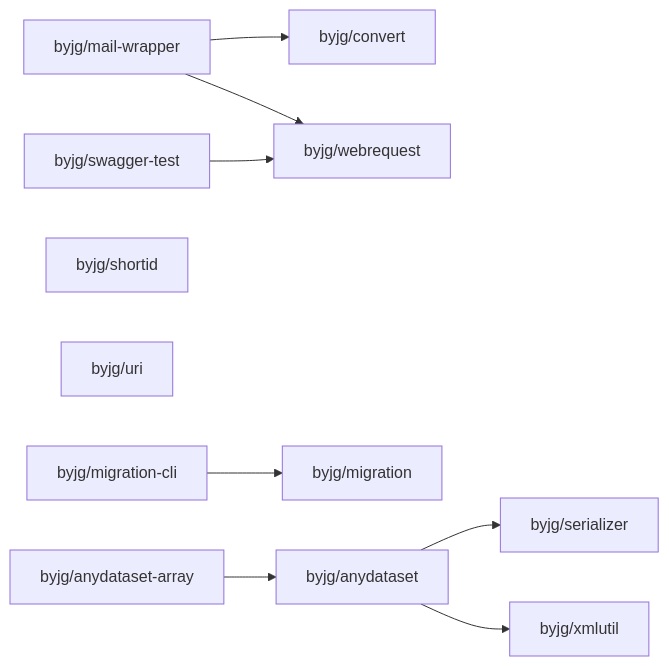
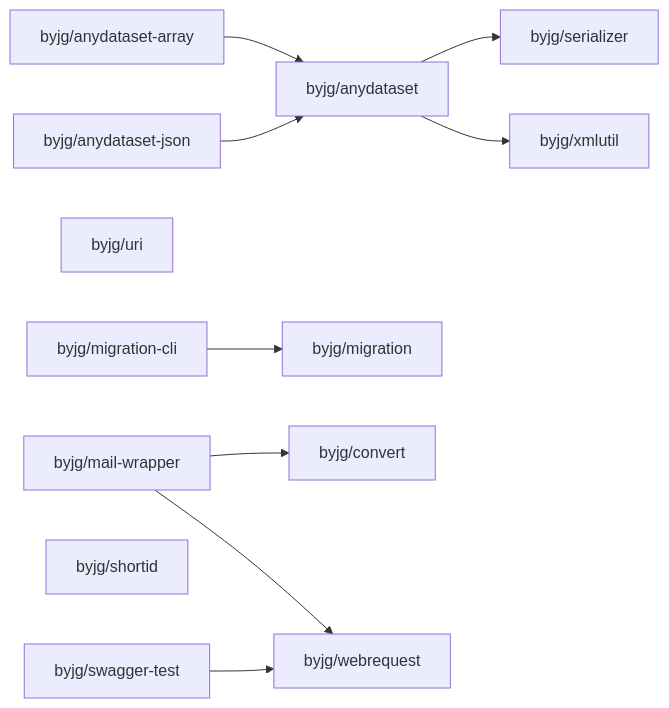
Before and after one commit to byjg/byjg.github.io: the diagram in php/README.md, drawn with Mermaid. The commit also changed 1 other file, not shown here.

Commit message:
Update documentation 'php' 'php-anydataset-json'

````diff
--- a/php/README.md
+++ b/php/README.md
@@ -3,22 +3,24 @@
 ```mermaid
 graph LR;
+  byjg/anydataset-array;
+  byjg/anydataset-json;
+  byjg/uri;
   byjg/swagger-test;
+  byjg/migration-cli;
+  byjg/shortid;
   byjg/mail-wrapper;
-  byjg/shortid;
-  byjg/uri;
-  byjg/migration-cli;
-  byjg/anydataset-array;
+  byjg/anydataset;
+  byjg/migration;
   byjg/convert;
   byjg/webrequest;
-  byjg/migration;
-  byjg/anydataset;
   byjg/serializer;
   byjg/xmlutil;
   byjg/anydataset-array --> byjg/anydataset;
   byjg/mail-wrapper --> byjg/convert;
   byjg/mail-wrapper --> byjg/webrequest;
+  byjg/anydataset-json --> byjg/anydataset;
   byjg/swagger-test --> byjg/webrequest;
   byjg/migration-cli --> byjg/migration;
   byjg/anydataset --> byjg/serializer;
   byjg/anydataset --> byjg/xmlutil;
 ```
````
